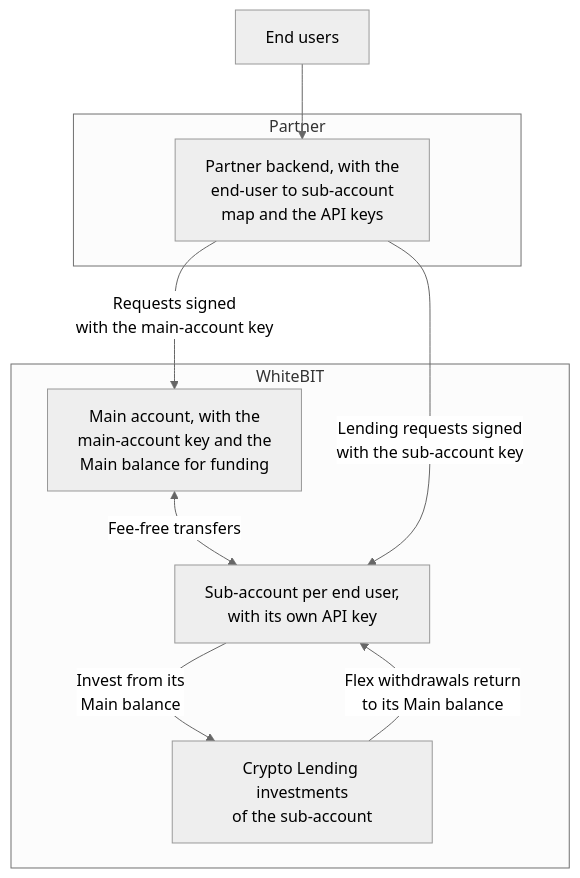
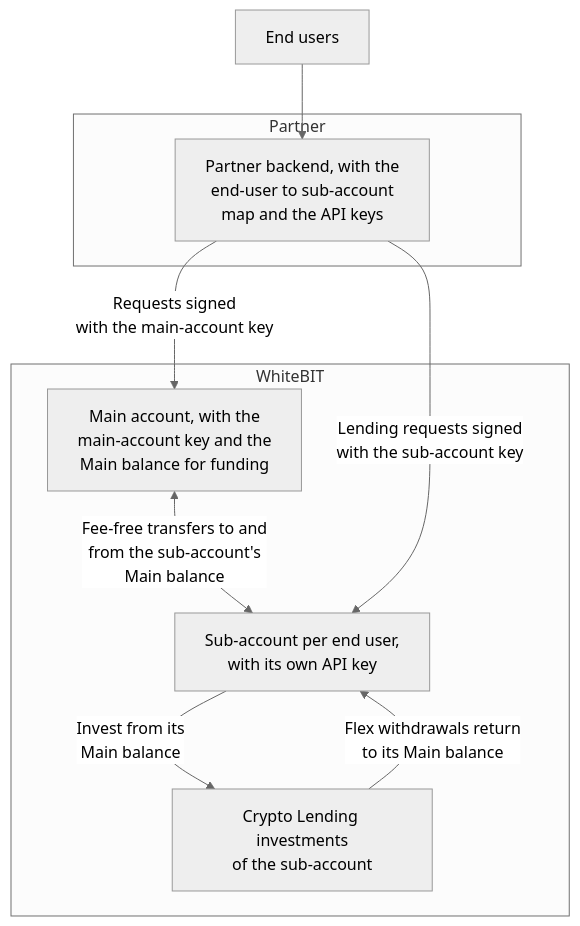
One commit to whitebit-exchange/docs changed the diagram in guides/yaas-overview.mdx. Above: the diagram before and after it, drawn with Mermaid (neutral theme). The commit also changed 20 other files, not shown here.

````diff
--- a/guides/yaas-overview.mdx
+++ b/guides/yaas-overview.mdx
@@ -44,18 +44,18 @@
 ```mermaid
 flowchart TB
     Users["End users"]
     subgraph Partner["Partner"]
         Backend["Partner backend, with the<br/>end-user to sub-account<br/>map and the API keys"]
     end
     subgraph WhiteBIT["WhiteBIT"]
         Main["Main account, with the<br/>main-account key and the<br/>Main balance for funding"]
         Sub["Sub-account per end user,<br/>with its own API key"]
         Lend["Crypto Lending investments<br/>of the sub-account"]
-        Main <-->|"Fee-free transfers"| Sub
+        Main <-->|"Fee-free transfers to and<br/>from the sub-account's<br/>Main balance"| Sub
         Sub -->|"Invest from its<br/>Main balance"| Lend
         Lend -->|"Flex withdrawals return<br/>to its Main balance"| Sub
     end
     Users --> Backend
     Backend -->|"Requests signed<br/>with the main-account key"| Main
     Backend -->|"Lending requests signed<br/>with the sub-account key"| Sub
 ```
````
